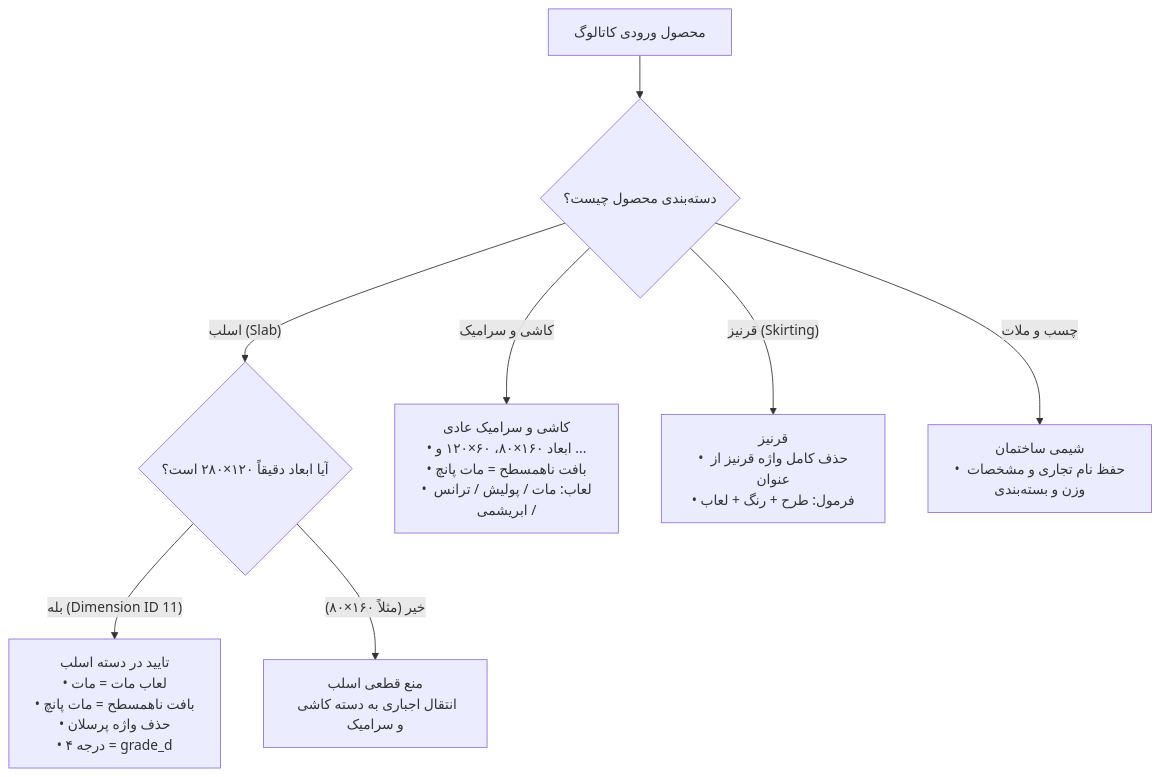
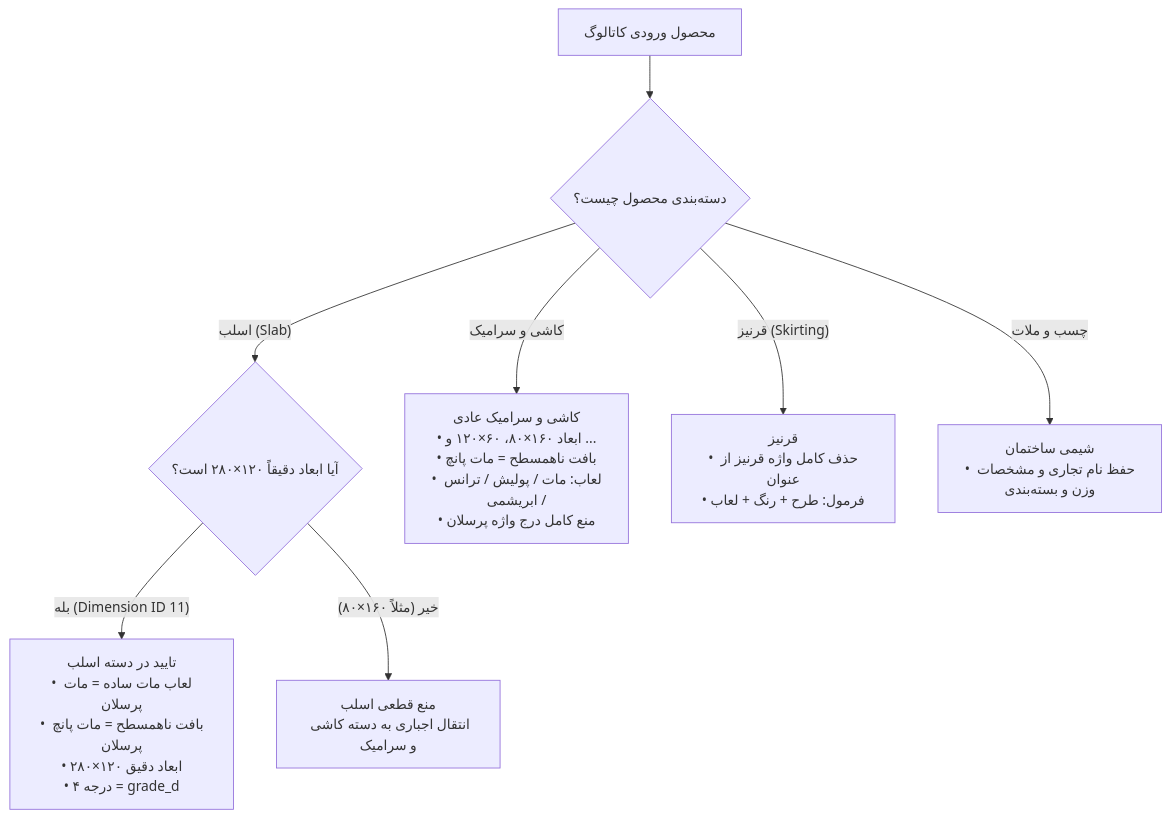
Before and after one commit to gecut/persianpartshop.ir: the second of 2 diagrams in docs/11-product-creation-standards.md, drawn with Mermaid. The commit also changed other lines of this file and 20 other files, not shown here.

````diff
--- a/docs/11-product-creation-standards.md
+++ b/docs/11-product-creation-standards.md
@@ -62,14 +64,14 @@
 ```mermaid
 flowchart TD
     Item[محصول ورودی کاتالوگ] --> CheckCat{دسته‌بندی محصول چیست؟}
 
     CheckCat -- اسلب (Slab) --> DimCheck{آیا ابعاد دقیقاً ۱۲۰×۲۸۰ است؟}
-    DimCheck -- بله (Dimension ID 11) --> SlabRules["تایید در دسته اسلب\n• لعاب مات = مات\n• بافت ناهمسطح = مات پانچ\n• حذف واژه پرسلان\n• درجه ۴ = grade_d"]
+    DimCheck -- بله (Dimension ID 11) --> SlabRules["تایید در دسته اسلب\n• لعاب مات ساده = مات پرسلان\n• بافت ناهمسطح = مات پانچ پرسلان\n• ابعاد دقیق ۱۲۰×۲۸۰\n• درجه ۴ = grade_d"]
     DimCheck -- خیر (مثلاً ۱۶۰×۸۰) --> MoveToTile["منع قطعی اسلب\nانتقال اجباری به دسته کاشی و سرامیک"]
 
-    CheckCat -- کاشی و سرامیک --> TileRules["کاشی و سرامیک عادی\n• ابعاد ۱۶۰×۸۰، ۶۰×۱۲۰ و ...\n• بافت ناهمسطح = مات پانچ\n• لعاب: مات / پولیش / ترانس / ابریشمی"]
+    CheckCat -- کاشی و سرامیک --> TileRules["کاشی و سرامیک عادی\n• ابعاد ۱۶۰×۸۰، ۶۰×۱۲۰ و ...\n• بافت ناهمسطح = مات پانچ\n• لعاب: مات / پولیش / ترانس / ابریشمی\n• منع کامل درج واژه پرسلان"]
 
     CheckCat -- قرنیز (Skirting) --> SkirtRules["قرنیز\n• حذف کامل واژه قرنیز از عنوان\n• فرمول: طرح + رنگ + لعاب"]
 
     CheckCat -- چسب و ملات --> ChemRules["شیمی ساختمان\n• حفظ نام تجاری و مشخصات وزن و بسته‌بندی"]
 ```
````
